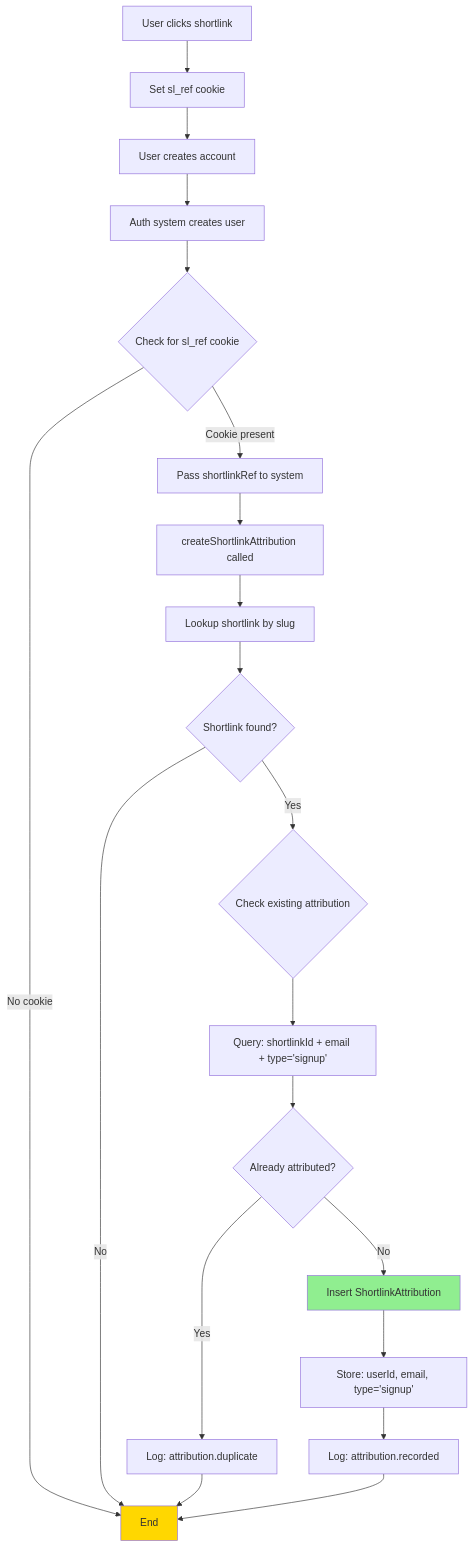
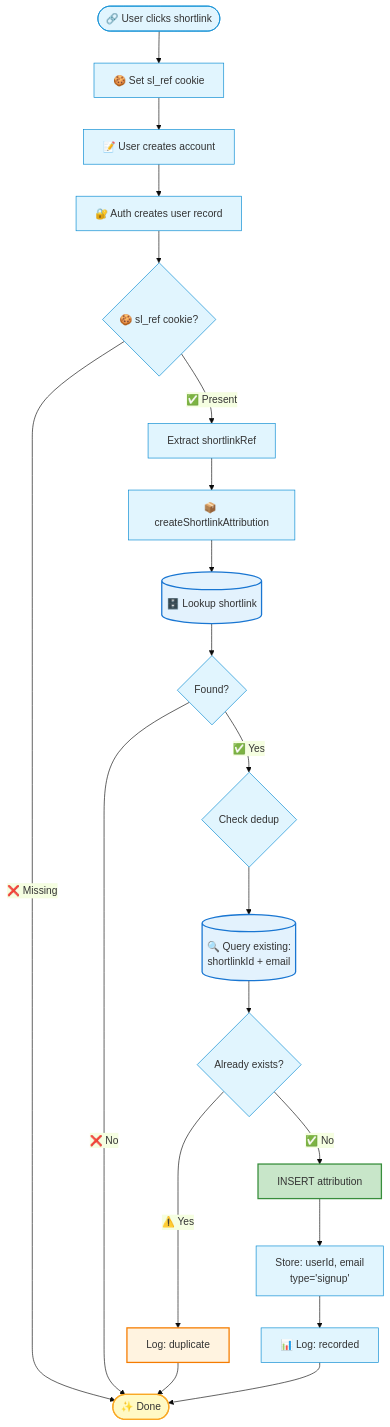
One commit to badass-courses/course-builder changed the fifth of 9 diagrams in apps/ai-hero/docs/flows/shortlinks.md. Above: the diagram before and after it, drawn with Mermaid. The commit also changed other lines of this file, not shown here.

First line of the commit message:
style(aih): enhance mermaid diagrams with theming, autonumber, and styling

````diff
--- a/apps/ai-hero/docs/flows/shortlinks.md
+++ b/apps/ai-hero/docs/flows/shortlinks.md
@@ -354,32 +367,45 @@
 ```mermaid
+%%{init: {'theme': 'base', 'themeVariables': { 'primaryColor': '#e1f5fe', 'primaryBorderColor': '#0288d1'}}}%%
 flowchart TD
-    A[User clicks shortlink] --> B[Set sl_ref cookie]
-    B --> C[User creates account]
+    %% ━━━━━━━━━━━━━━━━━━━━━━━━━━━━━━━━━━━━━━━━━━━━━━━━━━━━━━━━━━━━━━
+    %% Signup attribution: one per email per shortlink (deduplicated)
+    %% ━━━━━━━━━━━━━━━━━━━━━━━━━━━━━━━━━━━━━━━━━━━━━━━━━━━━━━━━━━━━━━
 
-    C --> D[Auth system creates user]
-    D --> E{Check for sl_ref cookie}
+    A([🔗 User clicks shortlink]) --> B[🍪 Set sl_ref cookie]
+    B --> C[📝 User creates account]
 
-    E -->|Cookie present| F[Pass shortlinkRef to system]
-    E -->|No cookie| Z[Skip attribution]
+    C --> D[🔐 Auth creates user record]
+    D --> E{🍪 sl_ref cookie?}
 
-    F --> G[createShortlinkAttribution called]
-    G --> H[Lookup shortlink by slug]
+    E -->|✅ Present| F[Extract shortlinkRef]
+    E -->|❌ Missing| Z
 
-    H --> I{Shortlink found?}
-    I -->|No| Z
-    I -->|Yes| J{Check existing attribution}
+    F --> G[📦 createShortlinkAttribution]
+    G --> H[(🗄️ Lookup shortlink)]
 
-    J --> K[Query: shortlinkId + email + type='signup']
-    K --> L{Already attributed?}
+    H --> I{Found?}
+    I -->|❌ No| Z
+    I -->|✅ Yes| J{Check dedup}
 
-    L -->|Yes| M[Log: attribution.duplicate]
-    L -->|No| N[Insert ShortlinkAttribution]
+    J --> K[(🔍 Query existing:<br/>shortlinkId + email)]
+    K --> L{Already exists?}
+
+    L -->|⚠️ Yes| M[Log: duplicate]
+    L -->|✅ No| N[INSERT attribution]
 
     M --> Z
-    N --> O[Store: userId, email, type='signup']
-    O --> P[Log: attribution.recorded]
-    P --> Z[End]
+    N --> O[Store: userId, email<br/>type='signup']
+    O --> P[📊 Log: recorded]
+    P --> Z([✨ Done])
 
-    style N fill:#90EE90
-    style Z fill:#FFD700
+    %% Styling
+    classDef success fill:#c8e6c9,stroke:#388e3c,stroke-width:2px
+    classDef warning fill:#fff3e0,stroke:#f57c00,stroke-width:2px
+    classDef endpoint fill:#fff9c4,stroke:#f9a825,stroke-width:2px
+    classDef database fill:#e3f2fd,stroke:#1976d2,stroke-width:2px
+
+    class N success
+    class M warning
+    class Z endpoint
+    class H,K database
 ```
````
